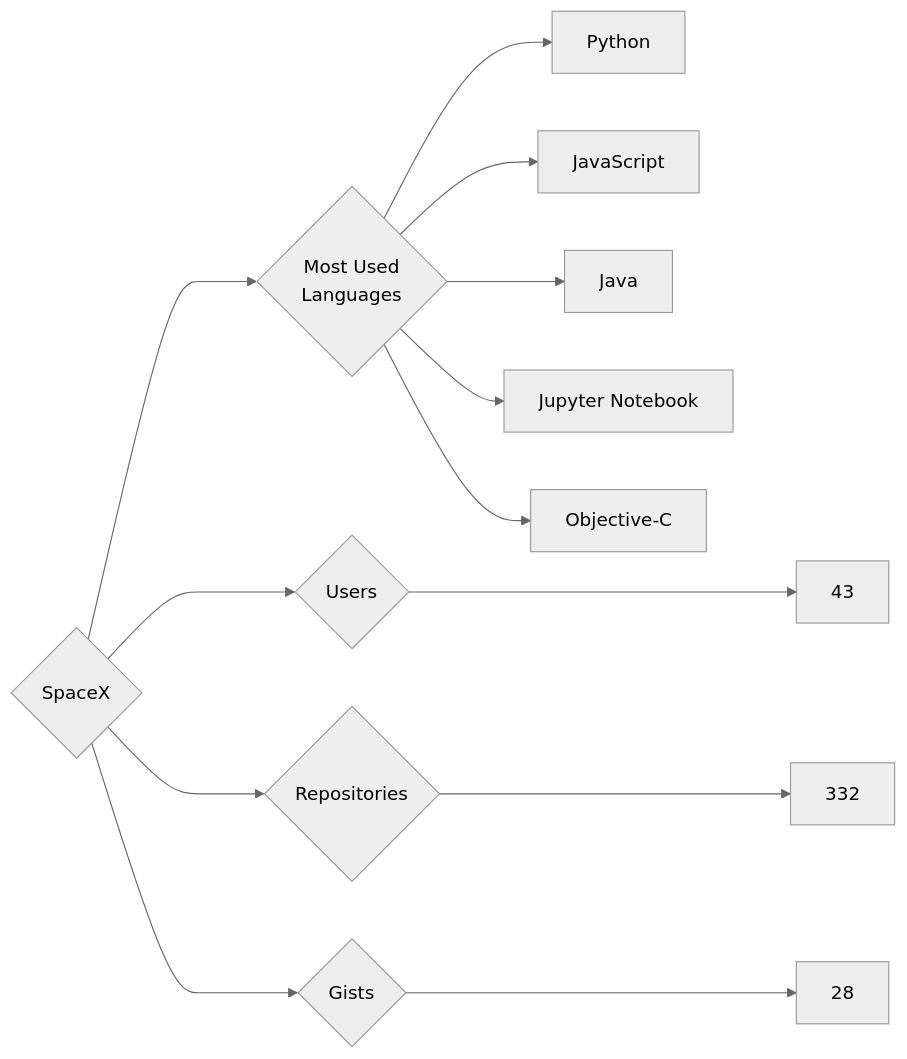
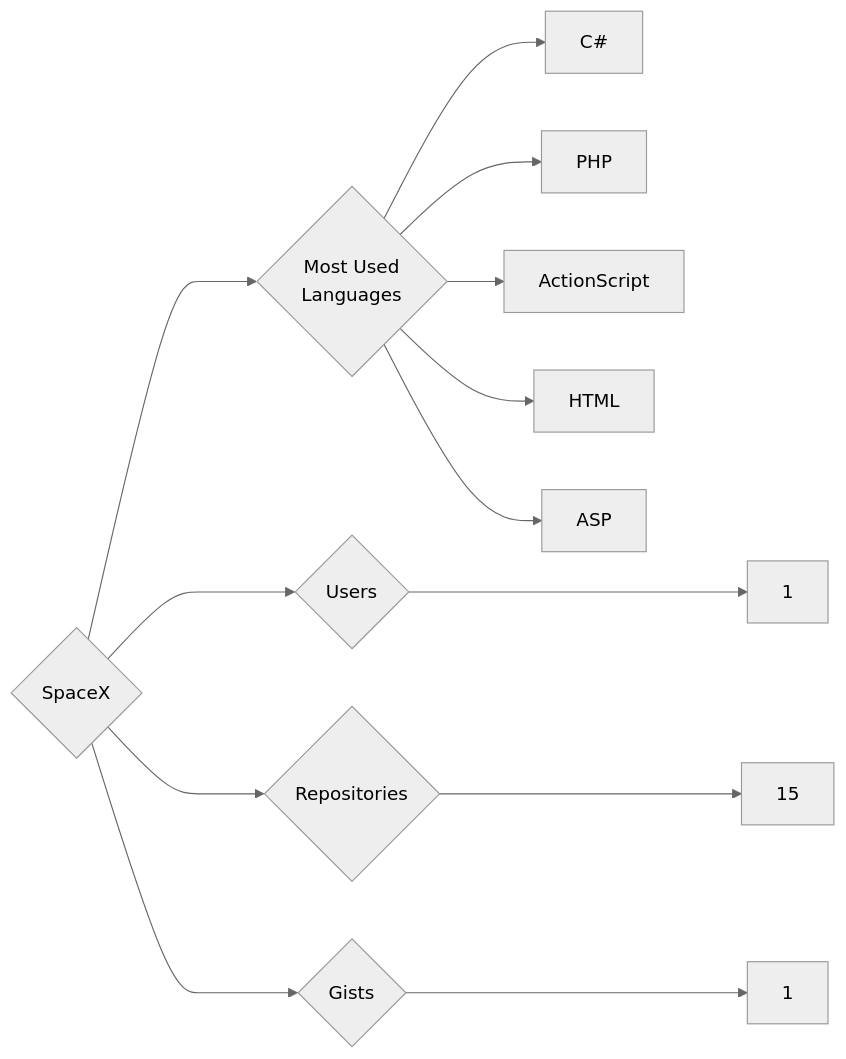
Before and after one commit to trickest/insiders: the diagram in targets/SpaceX/README.md, drawn with Mermaid (neutral theme). The commit also changed 765 other files, not shown here.

````diff
--- a/targets/SpaceX/README.md
+++ b/targets/SpaceX/README.md
@@ -3,13 +3,13 @@
 ```mermaid
 graph LR
 COMPANY_NAME{SpaceX}
-COMPANY_NAME ---> U{Users} ---> UN[43]
-COMPANY_NAME ---> R{Repositories} ---> RN[332]
-COMPANY_NAME ---> G{Gists} ---> GN[28]
+COMPANY_NAME ---> U{Users} ---> UN[1]
+COMPANY_NAME ---> R{Repositories} ---> RN[15]
+COMPANY_NAME ---> G{Gists} ---> GN[1]
 COMPANY_NAME ---> ML{Most Used<br>Languages}
-ML --> Python[Python]
-ML --> JavaScript[JavaScript]
-ML --> Java[Java]
-ML --> Jupyter_Notebook[Jupyter Notebook]
-ML --> Objective-C[Objective-C]
+ML --> C#[C#]
+ML --> PHP[PHP]
+ML --> ActionScript[ActionScript]
+ML --> HTML[HTML]
+ML --> ASP[ASP]
 ```
````
